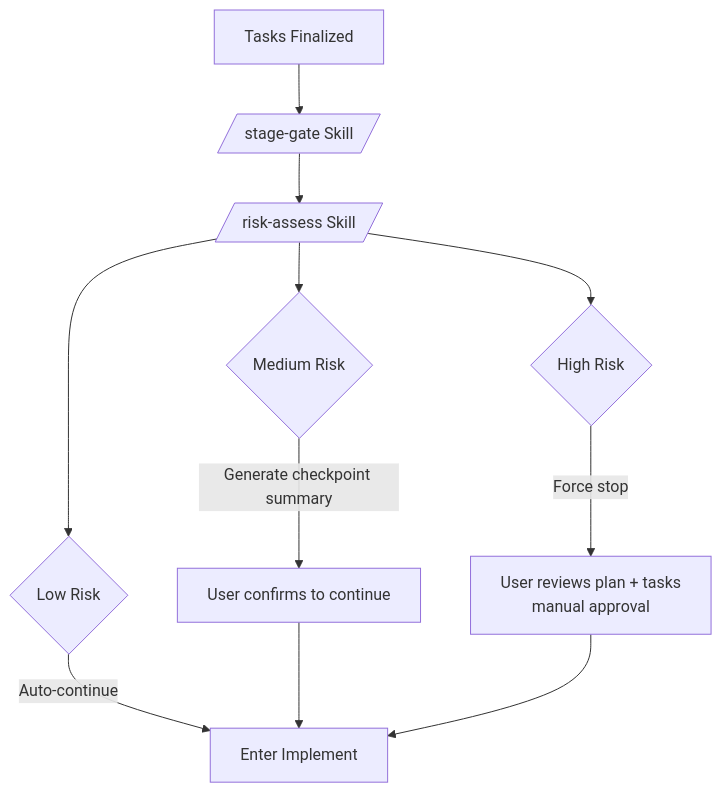
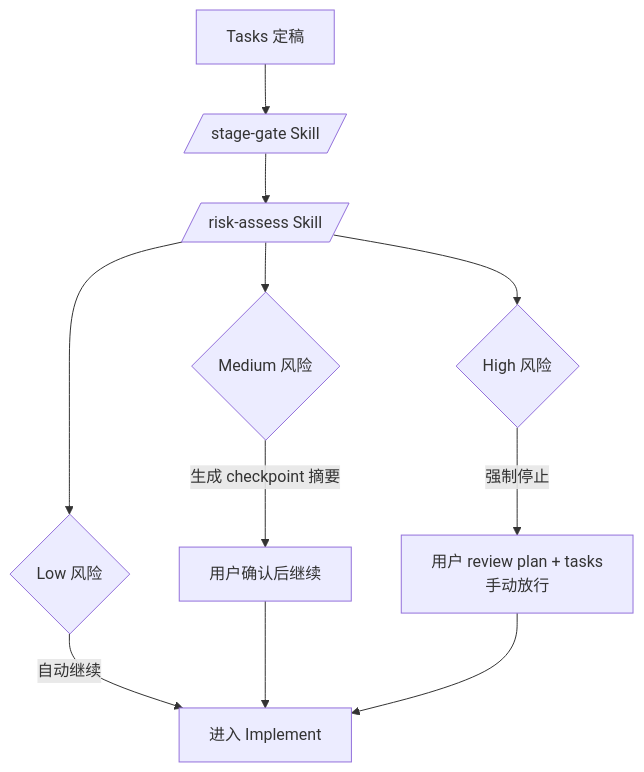
The seventh of 7 diagrams in ARCHITECTURE.md (daydreamer258/opencode-sdd-pipeline), drawn with Mermaid before and after one commit. The commit also changed other lines of this file and 1 other file, not shown here.

First line of the commit message:
将 README 和 ARCHITECTURE 改为中文，Quick Start 补充 AGENTS.md

````diff
--- a/ARCHITECTURE.md
+++ b/ARCHITECTURE.md
@@ -274,16 +274,16 @@
 ```mermaid
 flowchart TD
-    Tasks[Tasks Finalized] --> SG[/stage-gate Skill/]
+    Tasks[Tasks 定稿] --> SG[/stage-gate Skill/]
     SG --> RA[/risk-assess Skill/]
 
-    RA --> Low{Low Risk}
-    RA --> Med{Medium Risk}
-    RA --> High{High Risk}
+    RA --> Low{Low 风险}
+    RA --> Med{Medium 风险}
+    RA --> High{High 风险}
 
-    Low -->|Auto-continue| Impl[Enter Implement]
-    Med -->|Generate checkpoint summary| UserMed[User confirms to continue]
-    High -->|Force stop| UserHigh[User reviews plan + tasks<br/>manual approval]
+    Low -->|自动继续| Impl[进入 Implement]
+    Med -->|生成 checkpoint 摘要| UserMed[用户确认后继续]
+    High -->|强制停止| UserHigh[用户 review plan + tasks<br/>手动放行]
 
     UserMed --> Impl
     UserHigh --> Impl
 ```
````
